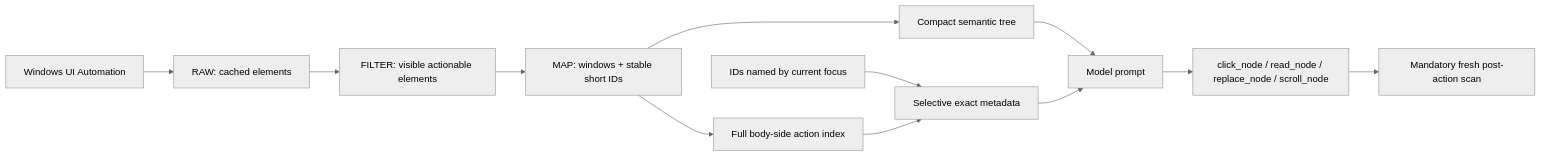
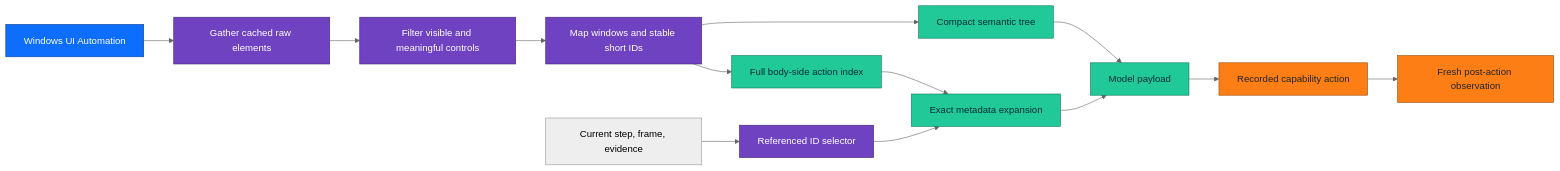
The sixth of 7 diagrams in README.md (wgabrys88/endgame-ai), drawn with Mermaid (neutral theme) before and after one commit. The commit also changed other lines of this file and 5 other files, not shown here.

````diff
--- a/README.md
+++ b/README.md
@@ -123,14 +752,24 @@
 ```mermaid
 flowchart LR
-    UIA[Windows UI Automation] --> RAW[RAW: cached elements]
-    RAW --> FIL[FILTER: visible actionable elements]
-    FIL --> MAP[MAP: windows + stable short IDs]
-    MAP --> TREE[Compact semantic tree]
-    MAP --> IDX[Full body-side action index]
-    TREE --> MODEL[Model prompt]
-    REF[IDs named by current focus] --> EXP[Selective exact metadata]
-    IDX --> EXP
-    EXP --> MODEL
-    MODEL --> ACT[click_node / read_node / replace_node / scroll_node]
-    ACT --> POST[Mandatory fresh post-action scan]
+    U[Windows UI Automation] --> R[Gather cached raw elements]
+    R --> F[Filter visible and meaningful controls]
+    F --> M[Map windows and stable short IDs]
+    M --> T[Compact semantic tree]
+    M --> I[Full body-side action index]
+    Q[Current step, frame, evidence] --> S[Referenced ID selector]
+    S --> X[Exact metadata expansion]
+    I --> X
+    T --> P[Model payload]
+    X --> P
+    P --> C[Recorded capability action]
+    C --> N[Fresh post-action observation]
+
+    classDef source fill:#0d6efd,color:#ffffff,stroke:#084298;
+    classDef process fill:#6f42c1,color:#ffffff,stroke:#432874;
+    classDef compact fill:#20c997,color:#052c35,stroke:#13795b;
+    classDef action fill:#fd7e14,color:#212529,stroke:#984c0c;
+    class U source;
+    class R,F,M,S process;
+    class T,I,X,P compact;
+    class C,N action;
 ```
````
